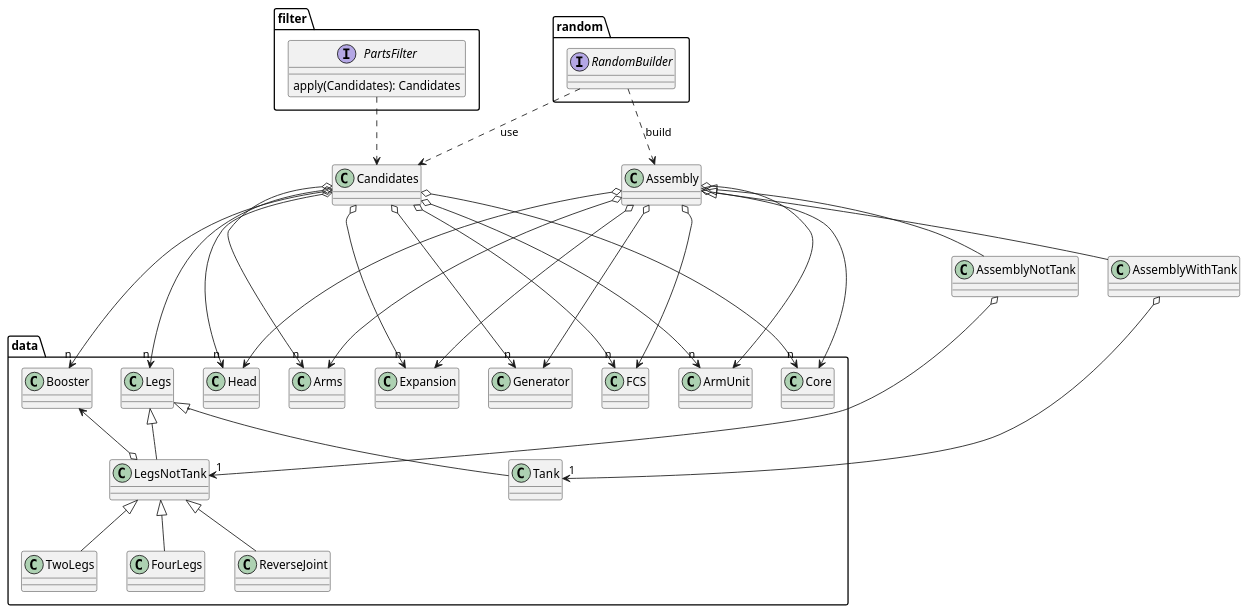
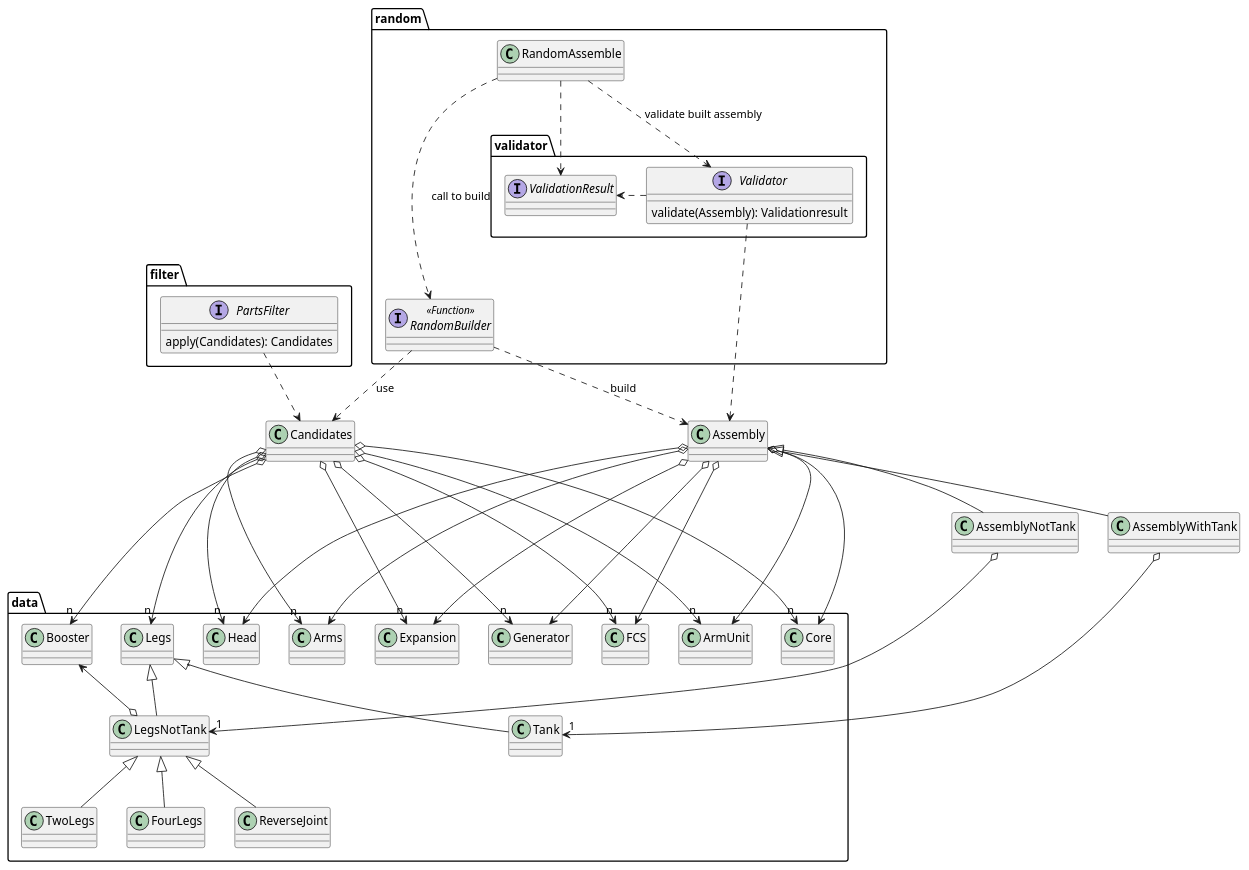
One commit to tooppoo/ac6_random_builder changed the diagram in docs/model.puml. Above: the diagram before and after it, drawn with PlantUML. The commit also changed 3 other files, not shown here.

```diff
--- a/docs/model.puml
+++ b/docs/model.puml
@@ -1,57 +1,72 @@
 @startuml
 package data {
     class ArmUnit
     class Head
     class Arms
     class Core
     class Legs
     class Booster
     class FCS
     class Generator
     class Expansion
 
     Legs <|-- LegsNotTank
     Legs <|-- Tank
     LegsNotTank <|-- TwoLegs
     LegsNotTank <|-- FourLegs
     LegsNotTank <|-- ReverseJoint
 }
 Assembly <|-- AssemblyNotTank
 Assembly <|-- AssemblyWithTank
 
 Assembly o---> ArmUnit
 Assembly o---> Head
 Assembly o---> Arms
 Assembly o---> Core
 Assembly o---> FCS
 Assembly o---> Generator
 Assembly o---> Expansion
 
 AssemblyNotTank o--> "1" LegsNotTank
 LegsNotTank o-u-> Booster
 
 AssemblyWithTank o--> "1" Tank
 
 Candidates o---> "n" ArmUnit
 Candidates o---> "n" Head
 Candidates o---> "n" Arms
 Candidates o---> "n" Core
 Candidates o---> "n" Legs
 Candidates o---> "n" Booster
 Candidates o---> "n" FCS
 Candidates o---> "n" Generator
 Candidates o---> "n" Expansion
 
 package filter {
     interface PartsFilter {
         apply(Candidates): Candidates
     }
     PartsFilter ..> Candidates
 }
 package random {
-    interface RandomBuilder
+    class RandomAssemble
 
+    interface RandomBuilder <<Function>>
     RandomBuilder ..> Assembly : build
     RandomBuilder ..> Candidates : use
+
+    package validator {
+        interface Validator {
+            validate(Assembly): Validationresult
+        }
+        interface ValidationResult
+
+        Validator ..> Assembly
+        Validator .r.> ValidationResult
+    }
+
+    RandomAssemble ...> RandomBuilder : call to build
+    RandomAssemble ..> Validator : validate built assembly
+    RandomAssemble ..> ValidationResult
 }
 @enduml
```
